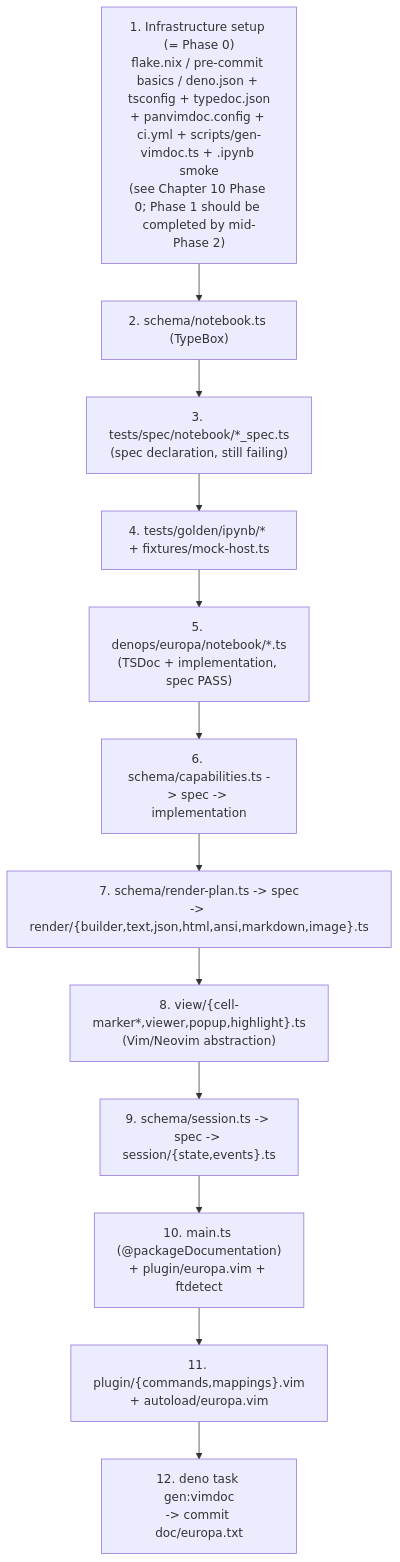
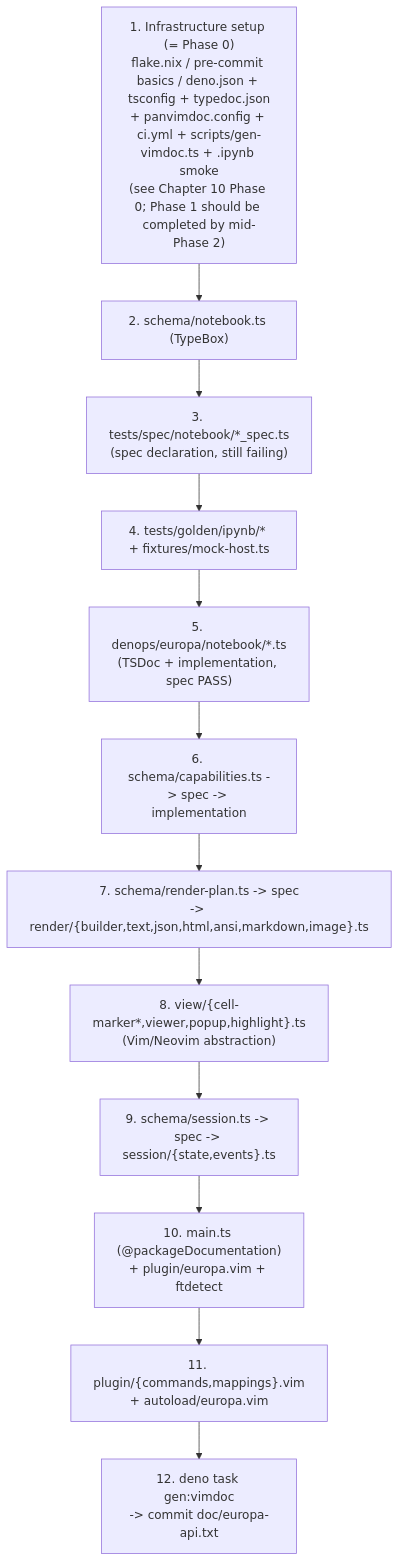
Before and after one commit to peacock0803sz/Europa.vim: the fourth of 13 diagrams in DESIGN.md, drawn with Mermaid. The commit also changed other lines of this file and 6 other files, not shown here.

````diff
--- a/DESIGN.md
+++ b/DESIGN.md
@@ -459,16 +459,16 @@
 ```mermaid
 graph TD
   S1["1. Infrastructure setup (= Phase 0)<br/>flake.nix / pre-commit basics / deno.json + tsconfig + typedoc.json<br/>+ panvimdoc.config + ci.yml + scripts/gen-vimdoc.ts + .ipynb smoke<br/>(see Chapter 10 Phase 0; Phase 1 should be completed by mid-Phase 2)"]
   S2["2. schema/notebook.ts (TypeBox)"]
   S3["3. tests/spec/notebook/*_spec.ts<br/>(spec declaration, still failing)"]
   S4["4. tests/golden/ipynb/* + fixtures/mock-host.ts"]
   S5["5. denops/europa/notebook/*.ts<br/>(TSDoc + implementation, spec PASS)"]
   S6["6. schema/capabilities.ts -> spec -> implementation"]
   S7["7. schema/render-plan.ts -> spec<br/>-> render/{builder,text,json,html,ansi,markdown,image}.ts"]
   S8["8. view/{cell-marker*,viewer,popup,highlight}.ts<br/>(Vim/Neovim abstraction)"]
   S9["9. schema/session.ts -> spec -> session/{state,events}.ts"]
   S10["10. main.ts (@packageDocumentation)<br/>+ plugin/europa.vim + ftdetect"]
   S11["11. plugin/{commands,mappings}.vim<br/>+ autoload/europa.vim"]
-  S12["12. deno task gen:vimdoc<br/>-> commit doc/europa.txt"]
+  S12["12. deno task gen:vimdoc<br/>-> commit doc/europa-api.txt"]
   S1 --> S2 --> S3 --> S4 --> S5 --> S6 --> S7 --> S8 --> S9 --> S10 --> S11 --> S12
 ```
````
